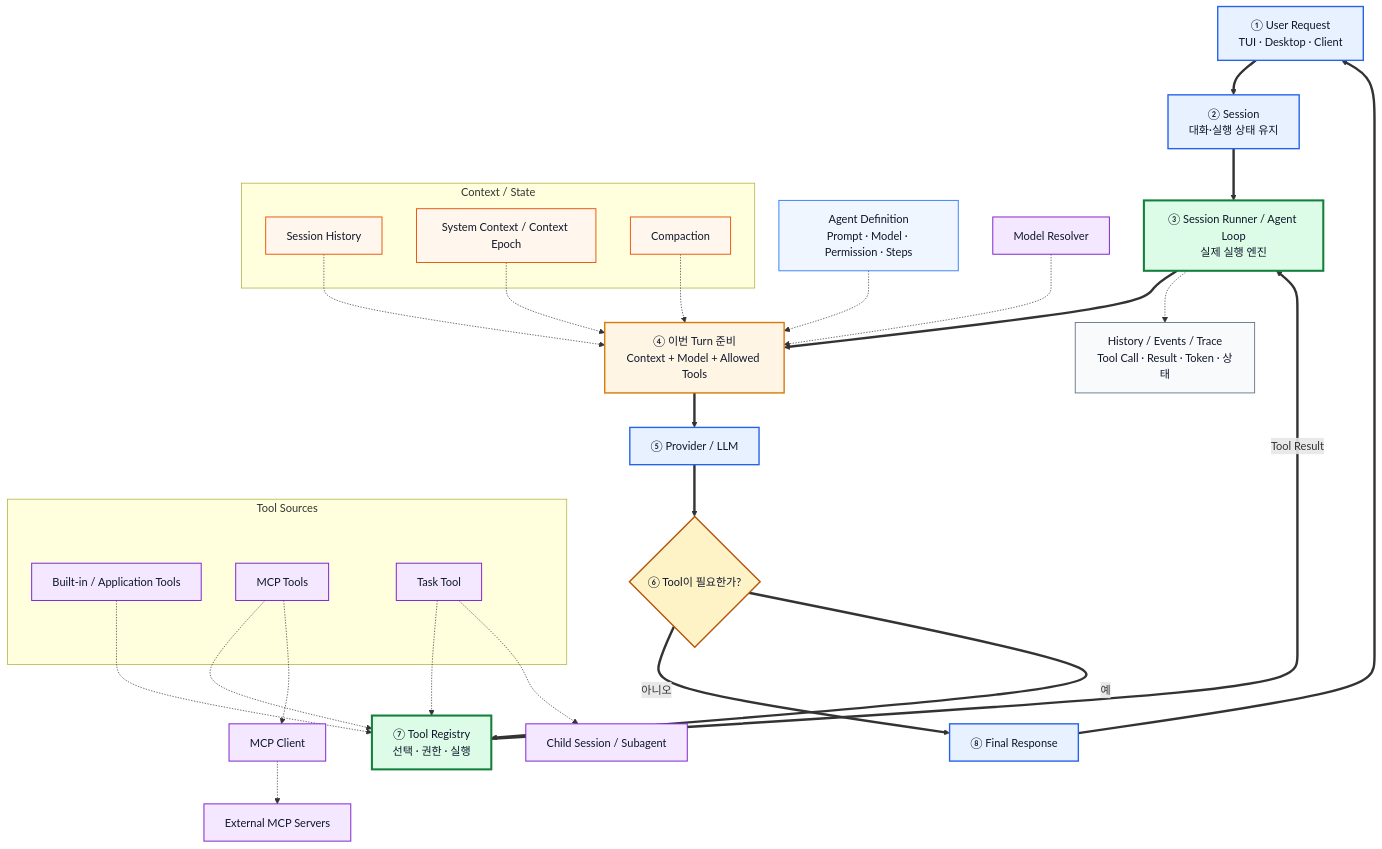
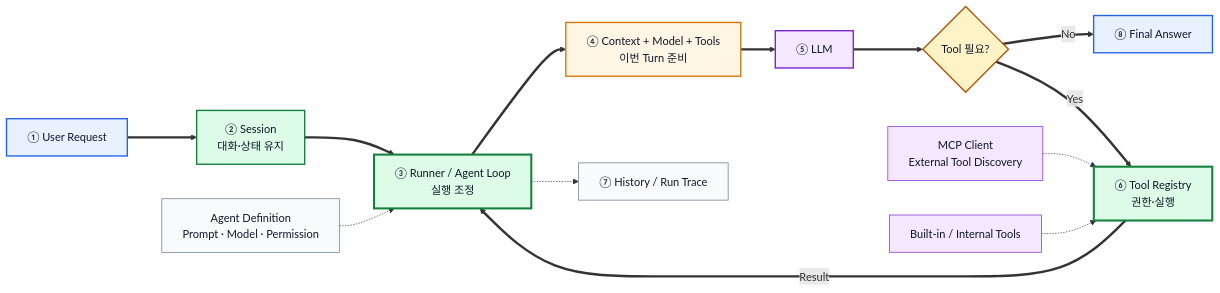
The diagram in docs/TO-BE/3_Harness_조사/opencode_분석.md (SKNETWORKS-FAMILY-AICAMP/SKN29-FINAL-2TEAM), drawn with Mermaid before and after one commit. The commit also changed other lines of this file and 2 other files, not shown here.

````diff
--- a/docs/TO-BE/3_Harness_조사/opencode_분석.md
+++ b/docs/TO-BE/3_Harness_조사/opencode_분석.md
@@ -155,57 +25,25 @@
 ```mermaid
-flowchart TB
-    %% Main execution path: thick arrows
-    U["① User Request<br/>TUI · Desktop · Client"]:::main
-    S["② Session<br/>대화·실행 상태 유지"]:::main
-    R["③ Session Runner / Agent Loop<br/>실제 실행 엔진"]:::core
-    P["④ 이번 Turn 준비<br/>Context + Model + Allowed Tools"]:::prepare
-    LLM["⑤ Provider / LLM"]:::main
-    D{"⑥ Tool이 필요한가?"}:::decision
-    OUT["⑧ Final Response"]:::main
+flowchart LR
+    U["① User Request"]:::user ==> S["② Session<br/>대화·상태 유지"]:::runtime
+    S ==> R["③ Runner / Agent Loop<br/>실행 조정"]:::core
+    R ==> P["④ Context + Model + Tools<br/>이번 Turn 준비"]:::prepare
+    P ==> L["⑤ LLM"]:::model
+    L ==> D{"Tool 필요?"}:::decision
+    D ==>|No| O["⑧ Final Answer"]:::user
+    D ==>|Yes| T["⑥ Tool Registry<br/>권한·실행"]:::core
+    T ==>|Result| R
 
-    U ==> S ==> R ==> P ==> LLM ==> D
-    D ==>|아니오| OUT ==> U
+    A["Agent Definition<br/>Prompt · Model · Permission"]:::support -.-> R
+    M["MCP Client<br/>External Tool Discovery"]:::external -.-> T
+    X["Built-in / Internal Tools"]:::external -.-> T
+    R -.-> H["⑦ History / Run Trace"]:::support
 
-    %% Tool loop
-    TR["⑦ Tool Registry<br/>선택 · 권한 · 실행"]:::core
-    D ==>|예| TR
-    TR ==>|Tool Result| R
-
-    %% Supporting components
-    A["Agent Definition<br/>Prompt · Model · Permission · Steps"]:::config -.-> P
-
-    subgraph CTX["Context / State"]
-        H["Session History"]:::state
-        SC["System Context / Context Epoch"]:::state
-        CP["Compaction"]:::state
-    end
-    H -.-> P
-    SC -.-> P
-    CP -.-> P
-
-    MR["Model Resolver"]:::integration -.-> P
-
-    subgraph TOOLS["Tool Sources"]
-        BT["Built-in / Application Tools"]:::integration
-        MT["MCP Tools"]:::integration
-        TT["Task Tool"]:::integration
-    end
-    BT -.-> TR
-    MT -.-> TR
-    TT -.-> TR
-
-    MT -.-> MC["MCP Client"]:::integration
-    MC -.-> MS["External MCP Servers"]:::integration
-    TT -.-> SA["Child Session / Subagent"]:::integration
-
-    R -.-> EV["History / Events / Trace<br/>Tool Call · Result · Token · 상태"]:::record
-
-    classDef main fill:#E8F1FF,stroke:#2563EB,color:#0F172A,stroke-width:2px;
+    classDef user fill:#E8F1FF,stroke:#2563EB,color:#0F172A,stroke-width:2px;
+    classDef runtime fill:#DCFCE7,stroke:#15803D,color:#0F172A,stroke-width:2px;
     classDef core fill:#DCFCE7,stroke:#15803D,color:#0F172A,stroke-width:3px;
     classDef prepare fill:#FFF5E5,stroke:#D97706,color:#0F172A,stroke-width:2px;
+    classDef model fill:#F3E8FF,stroke:#7E22CE,color:#0F172A,stroke-width:2px;
     classDef decision fill:#FEF3C7,stroke:#B45309,color:#0F172A,stroke-width:2px;
-    classDef state fill:#FFF7ED,stroke:#EA580C,color:#0F172A,stroke-width:1.4px;
-    classDef integration fill:#F3E8FF,stroke:#7E22CE,color:#0F172A,stroke-width:1.4px;
-    classDef config fill:#EFF6FF,stroke:#3B82F6,color:#0F172A,stroke-width:1.4px;
-    classDef record fill:#F8FAFC,stroke:#64748B,color:#0F172A,stroke-width:1.3px;
+    classDef external fill:#F3E8FF,stroke:#7E22CE,color:#0F172A;
+    classDef support fill:#F8FAFC,stroke:#64748B,color:#0F172A;
 ```
````
